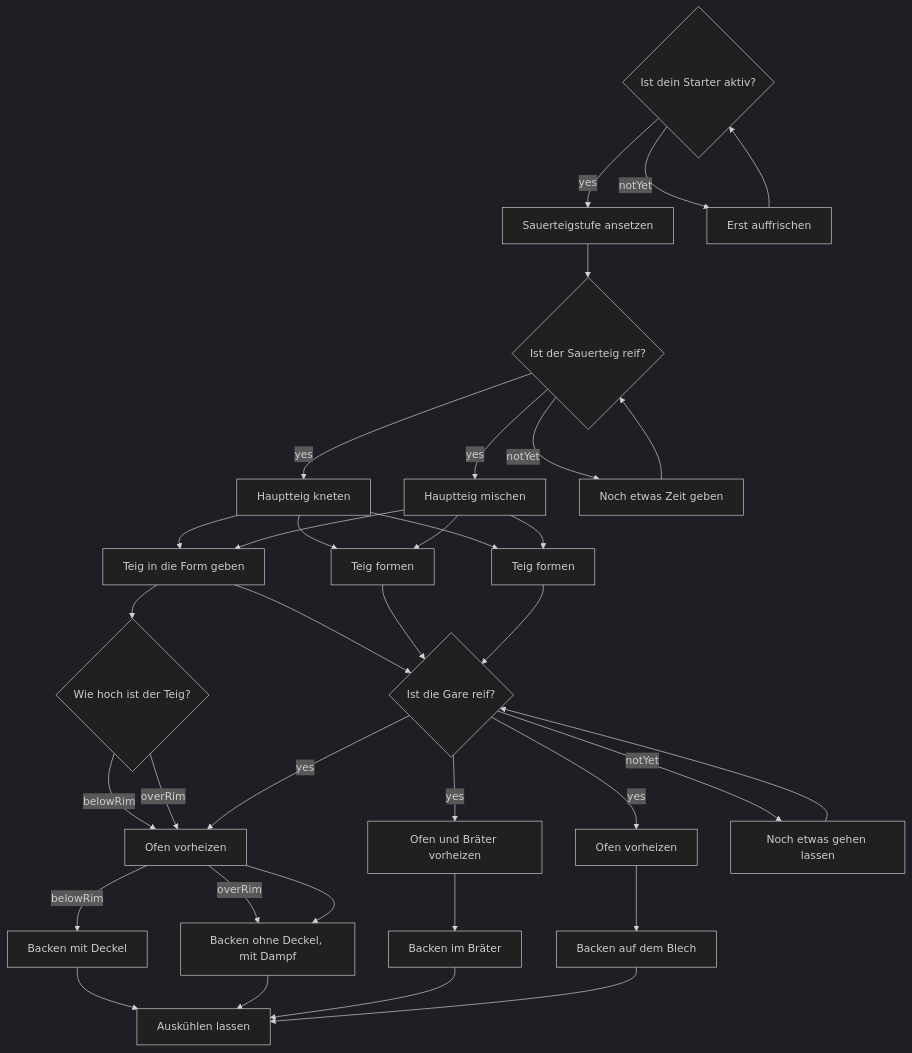
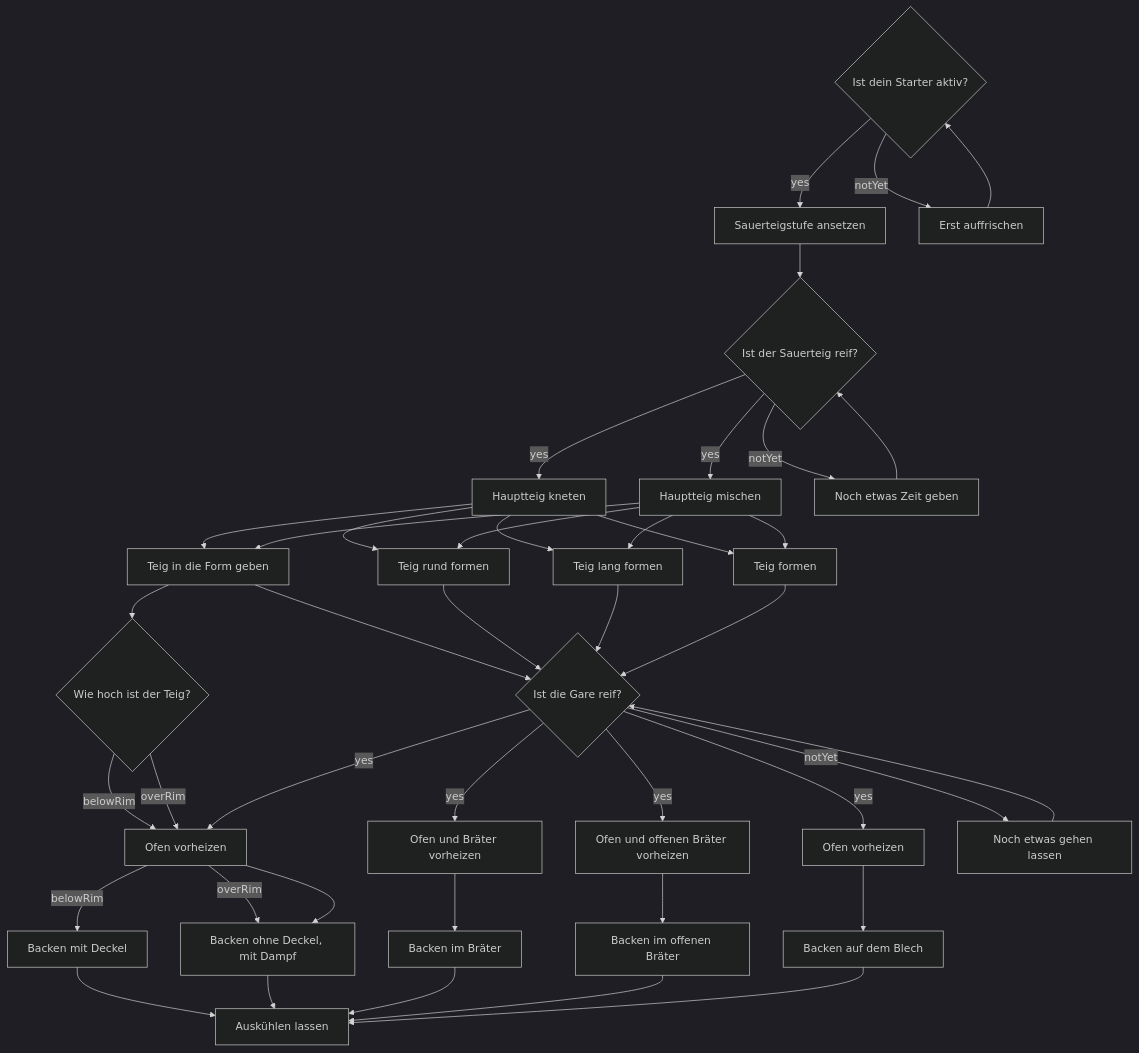
The diagram in docs/ablauf.md (SuperOok/sourdough), drawn with Mermaid (dark theme) before and after one commit. The commit also changed 143 other files, not shown here.

````diff
--- a/docs/ablauf.md
+++ b/docs/ablauf.md
@@ -5,58 +5,67 @@
 ```mermaid
 flowchart TD
     bakePanLid["Backen mit Deckel"]
     bakePanOpen["Backen ohne Deckel, mit Dampf"]
     bakePot["Backen im Bräter"]
+    bakePotOpen["Backen im offenen Bräter"]
     bakeTray["Backen auf dem Blech"]
     checkProofRim{"Wie hoch ist der Teig?"}
     checkProofRipe{"Ist die Gare reif?"}
     checkSourdough{"Ist der Sauerteig reif?"}
     checkStarter{"Ist dein Starter aktiv?"}
     cool["Auskühlen lassen"]
     kneadFold["Hauptteig kneten"]
     kneadRye["Hauptteig mischen"]
     mixSourdough["Sauerteigstufe ansetzen"]
     preheatPan["Ofen vorheizen"]
     preheatPot["Ofen und Bräter vorheizen"]
+    preheatPotOpen["Ofen und offenen Bräter vorheizen"]
     preheatTray["Ofen vorheizen"]
-    shapeBasket["Teig formen"]
+    shapeBasketLong["Teig lang formen"]
+    shapeBasketRound["Teig rund formen"]
     shapeBowl["Teig formen"]
     shapePan["Teig in die Form geben"]
     waitProof["Noch etwas gehen lassen"]
     waitSourdough["Noch etwas Zeit geben"]
     waitStarter["Erst auffrischen"]
     checkStarter -->|notYet| waitStarter
     waitStarter --> checkStarter
     checkStarter -->|yes| mixSourdough
     mixSourdough --> checkSourdough
     checkSourdough -->|notYet| waitSourdough
     waitSourdough --> checkSourdough
     checkSourdough -->|yes| kneadFold
     kneadFold --> shapePan
     shapePan --> checkProofRim
     checkProofRim -->|belowRim| preheatPan
     preheatPan -->|belowRim| bakePanLid
     bakePanLid --> cool
     checkProofRim -->|overRim| preheatPan
     preheatPan -->|overRim| bakePanOpen
     bakePanOpen --> cool
     checkSourdough -->|yes| kneadRye
     kneadRye --> shapePan
     shapePan --> checkProofRipe
     checkProofRipe -->|notYet| waitProof
     waitProof --> checkProofRipe
     checkProofRipe -->|yes| preheatPan
     preheatPan --> bakePanOpen
-    kneadFold --> shapeBasket
-    shapeBasket --> checkProofRipe
+    kneadFold --> shapeBasketRound
+    shapeBasketRound --> checkProofRipe
     checkProofRipe -->|yes| preheatPot
     preheatPot --> bakePot
     bakePot --> cool
-    kneadRye --> shapeBasket
+    kneadRye --> shapeBasketRound
+    checkProofRipe -->|yes| preheatPotOpen
+    preheatPotOpen --> bakePotOpen
+    bakePotOpen --> cool
+    kneadFold --> shapeBasketLong
+    shapeBasketLong --> checkProofRipe
+    kneadRye --> shapeBasketLong
     kneadFold --> shapeBowl
     shapeBowl --> checkProofRipe
     checkProofRipe -->|yes| preheatTray
     preheatTray --> bakeTray
     bakeTray --> cool
     kneadRye --> shapeBowl
 ```
````
